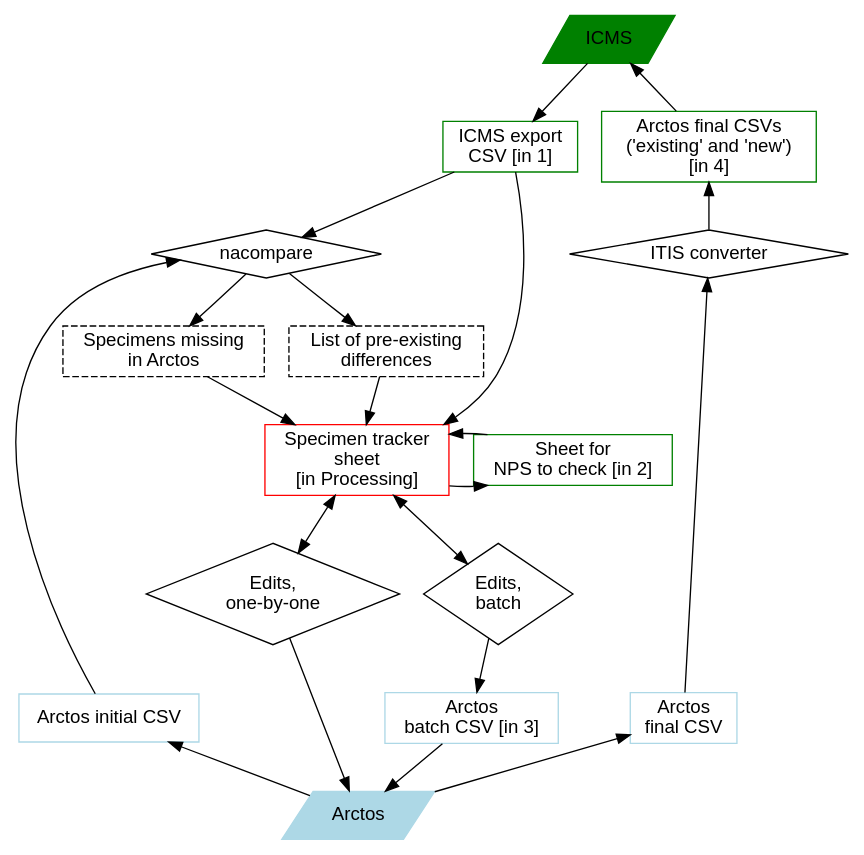
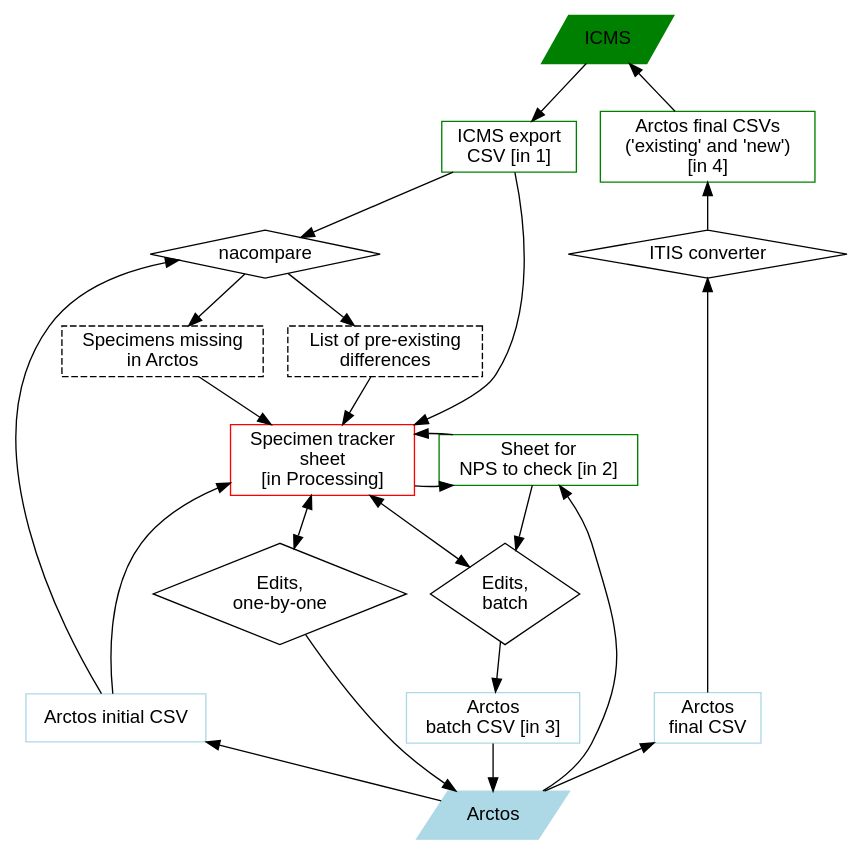
The diagram in nps/workflow/workflow.dot (ALA-herbarium/arctos-tools), drawn with Graphviz before and after one commit. The commit also changed 3 other files, not shown here.

```diff
--- a/nps/workflow/workflow.dot
+++ b/nps/workflow/workflow.dot
@@ -1,80 +1,83 @@
 digraph flow {
     node [fontname="Helvetica",shape=box];
     edge [fontname="Courier", len=1.5];
     overlap=false;
     //rankdir=BT;
     newrank=true;
     ranksep=0.5
     icms [label="ICMS", shape=parallelogram,color=green,style=filled]
     //
     icms -> csv1 ;
     icms -> csv3 [dir=back];
     //
     subgraph icms1 {
         rank=same;
         csv1 [label="ICMS export\nCSV [in 1]",color=green]
         csv3 [label="Arctos final CSVs\n('existing' and 'new')\n[in 4]",
         color=green]
     };
     //
     csv1 -> nacompare;
     csv1 -> spectracker ;
     nacompare -> notes1
     nacompare -> notes2 ;
     notes1 -> spectracker
     notes2 -> spectracker
+    spectracker -> csv2 [dir=back]
     csv3 -> itis [dir=back];
+    npscheck -> arctos [dir=back]
+    npscheck -> edits2
     //
     subgraph ala1 {
         rank=same;
         nacompare [shape=diamond];
         itis [label="ITIS converter",shape=diamond];
     }
     //
     subgraph ala2 {
         rank=same;
         spectracker [label="Specimen tracker\nsheet\n[in Processing]",
                      color=red];
         npscheck [label="Sheet for\nNPS to check [in 2]",color=green];
         //invis1 [style=invis,label=""]
     }
     //
     subgraph ala3 {
         rank=same;
         notes1 [label="List of pre-existing\ndifferences",style=dashed];
         notes2 [label="Specimens missing\nin Arctos",style=dashed];
     }
     //
     subgraph ala4 {
         rank=same;
         edits1 [label="Edits,\none-by-one",shape=diamond];
         edits2 [label="Edits,\nbatch",shape=diamond];
     };
     //
     
     nacompare -> csv2 [dir=back];
     spectracker -> npscheck;
     npscheck -> spectracker
     spectracker -> edits1 [dir=both];
     spectracker -> edits2 [dir=both];
     itis -> csv4 [dir=back];
     //
     subgraph arctos1 {
         rank=same
         csv2 [label="Arctos initial CSV",color=lightblue]
         csv4 [label="Arctos\nfinal CSV",color=lightblue]
         csv5 [label="Arctos\nbatch CSV [in 3]",color=lightblue]
     };
     edits1 -> arctos ;
     edits2 -> csv5
     csv2 -> arctos  [dir=back];
     csv4 -> arctos  [dir=back];
     csv5 -> arctos
     //
     arctos [label="Arctos", shape=parallelogram, color=lightblue,
                 style=filled];
     
 /*
 
 */
 }
```
